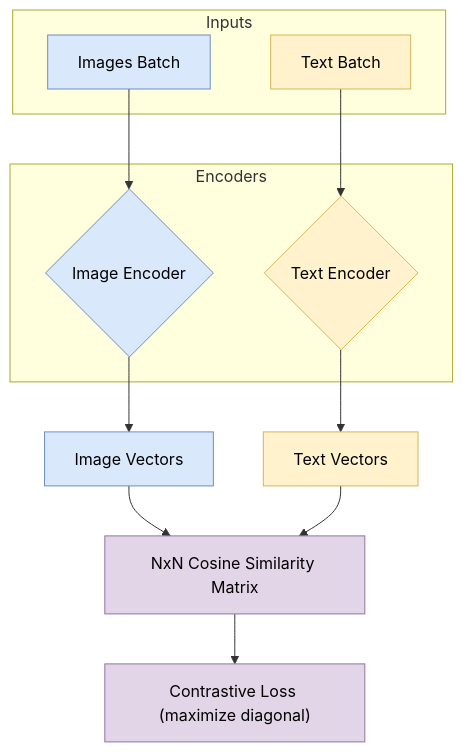
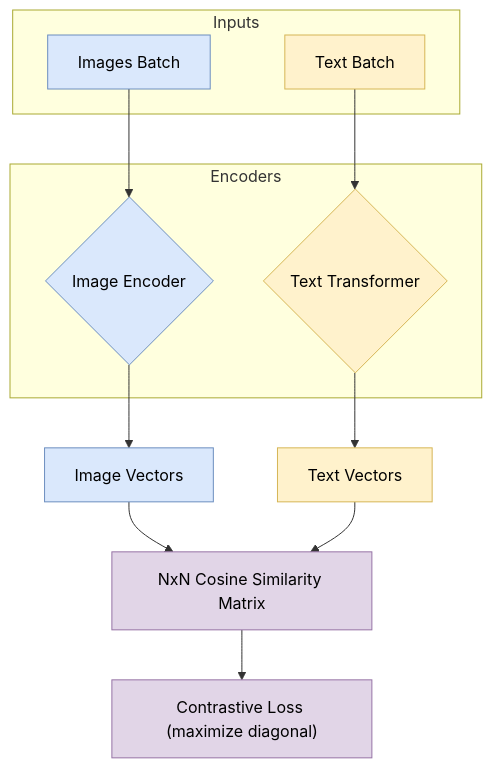
One commit to glenzli/ai-summary-book changed the first of 9 diagrams in books/ai-technical-survey/chapter_06.md. Above: the diagram before and after it, drawn with Mermaid. The commit also changed other lines of this file and 37 other files, not shown here.

````diff
--- a/books/ai-technical-survey/chapter_06.md
+++ b/books/ai-technical-survey/chapter_06.md
@@ -40,25 +39,25 @@
 ```mermaid
 graph TD
     %% 样式定义
     classDef img fill:#DAE8FC,stroke:#6C8EBF,color:#000000;
     classDef txt fill:#FFF2CC,stroke:#D6B656,color:#000000;
     classDef matrix fill:#E1D5E7,stroke:#9673A6,color:#000000;
 
     subgraph Inputs
         I[Images Batch]:::img
         T[Text Batch]:::txt
     end
 
     subgraph Encoders
         ViT{Image Encoder}:::img
-        BERT{Text Encoder}:::txt
+        TextTransformer{Text Transformer}:::txt
     end
 
     I --> ViT --> IV[Image Vectors]:::img
-    T --> BERT --> TV[Text Vectors]:::txt
+    T --> TextTransformer --> TV[Text Vectors]:::txt
 
     IV --> Mat[NxN Cosine Similarity Matrix]:::matrix
     TV --> Mat
 
     Mat --> Loss["Contrastive Loss (maximize diagonal)"]:::matrix
 ```
````
